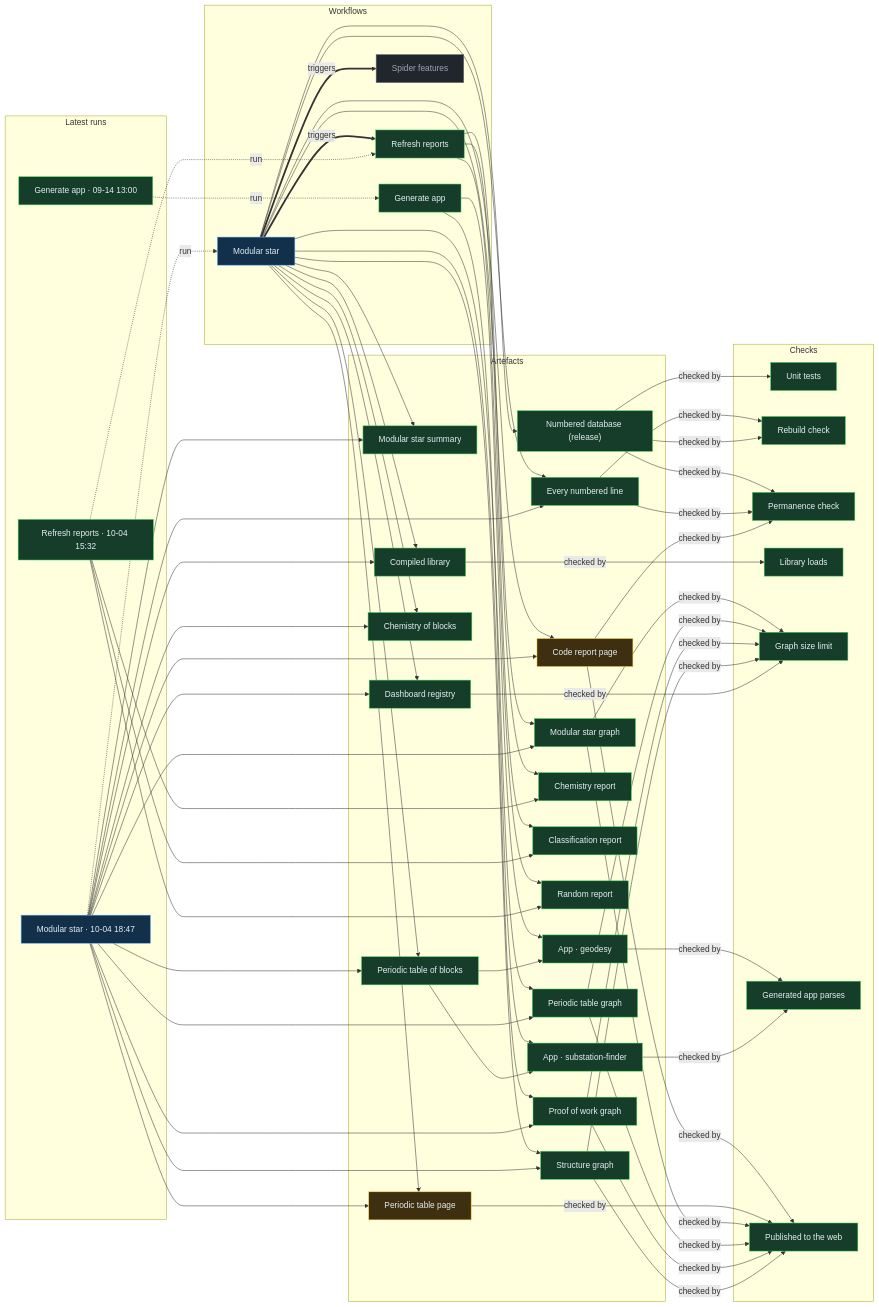
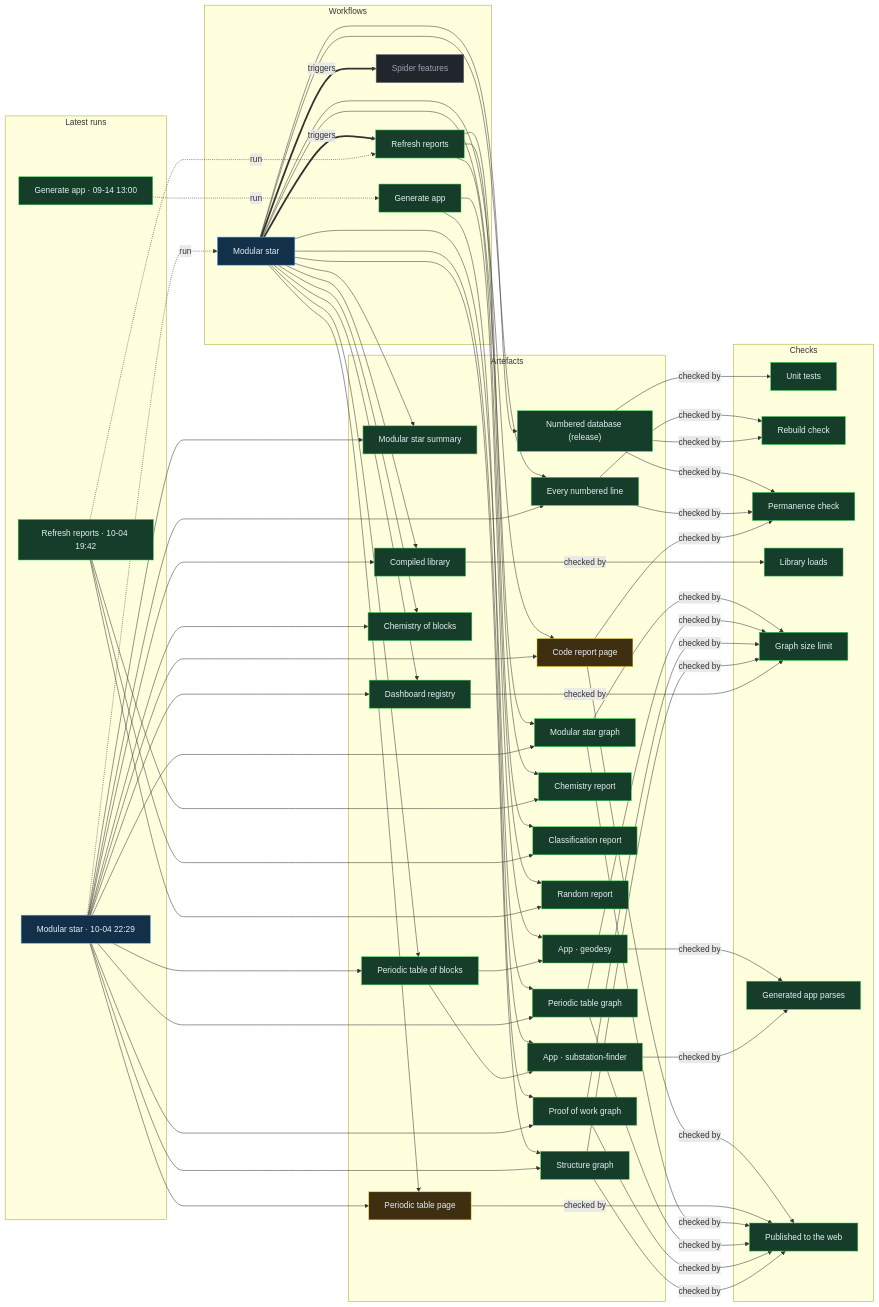
Before and after one commit to Ventusltd/stars: the diagram in proof/PROOF.md, drawn with Mermaid. The commit also changed other lines of this file and 156 other files, not shown here.

Commit message:
Modular star 2026-10-04T22:31Z

```diff
--- a/proof/PROOF.md
+++ b/proof/PROOF.md
@@ -24,8 +24,8 @@
   n_wf_spider_features["Spider features"]:::off
   end
   subgraph g_runs["Latest runs"]
-  n_run_37225769014["Modular star · 10-04 18:47"]:::live
-  n_run_37213402410["Refresh reports · 10-04 15:32"]:::ok
+  n_run_37240227520["Modular star · 10-04 22:29"]:::live
+  n_run_37229333496["Refresh reports · 10-04 19:42"]:::ok
   n_run_34846587798["Generate app · 09-14 13:00"]:::ok
   end
   subgraph g_artefacts["Artefacts"]
@@ -59,39 +59,39 @@
   end
   n_wf_modular_star == triggers ==> n_wf_refresh
   n_wf_modular_star == triggers ==> n_wf_spider_features
-  n_run_37225769014 -. run .-> n_wf_modular_star
-  n_run_37213402410 -. run .-> n_wf_refresh
+  n_run_37240227520 -. run .-> n_wf_modular_star
+  n_run_37229333496 -. run .-> n_wf_refresh
   n_run_34846587798 -. run .-> n_wf_generate
   n_wf_modular_star --> n_art_summary
-  n_run_37225769014 --> n_art_summary
+  n_run_37240227520 --> n_art_summary
   n_wf_modular_star --> n_art_lines
-  n_run_37225769014 --> n_art_lines
+  n_run_37240227520 --> n_art_lines
   n_wf_modular_star --> n_art_code
-  n_run_37225769014 --> n_art_code
+  n_run_37240227520 --> n_art_code
   n_wf_modular_star --> n_art_modular_graph
-  n_run_37225769014 --> n_art_modular_graph
+  n_run_37240227520 --> n_art_modular_graph
   n_wf_modular_star --> n_art_blocks
-  n_run_37225769014 --> n_art_blocks
+  n_run_37240227520 --> n_art_blocks
   n_wf_modular_star --> n_art_table
-  n_run_37225769014 --> n_art_table
+  n_run_37240227520 --> n_art_table
   n_wf_modular_star --> n_art_blocks_graph
-  n_run_37225769014 --> n_art_blocks_graph
+  n_run_37240227520 --> n_art_blocks_graph
   n_wf_modular_star --> n_art_reactions
-  n_run_37225769014 --> n_art_reactions
+  n_run_37240227520 --> n_art_reactions
   n_wf_modular_star --> n_art_library
-  n_run_37225769014 --> n_art_library
+  n_run_37240227520 --> n_art_library
   n_wf_modular_star --> n_art_features
-  n_run_37225769014 --> n_art_features
+  n_run_37240227520 --> n_art_features
   n_wf_modular_star --> n_art_proof
-  n_run_37225769014 --> n_art_proof
+  n_run_37240227520 --> n_art_proof
   n_wf_modular_star --> n_art_structure
-  n_run_37225769014 --> n_art_structure
+  n_run_37240227520 --> n_art_structure
   n_wf_refresh --> n_art_chemistry
-  n_run_37213402410 --> n_art_chemistry
+  n_run_37229333496 --> n_art_chemistry
   n_wf_refresh --> n_art_vedic
-  n_run_37213402410 --> n_art_vedic
+  n_run_37229333496 --> n_art_vedic
   n_wf_refresh --> n_art_random
-  n_run_37213402410 --> n_art_random
+  n_run_37229333496 --> n_art_random
   n_wf_modular_star --> n_art_release
   n_wf_generate --> n_app_geodesy
   n_art_blocks --> n_app_geodesy
```
